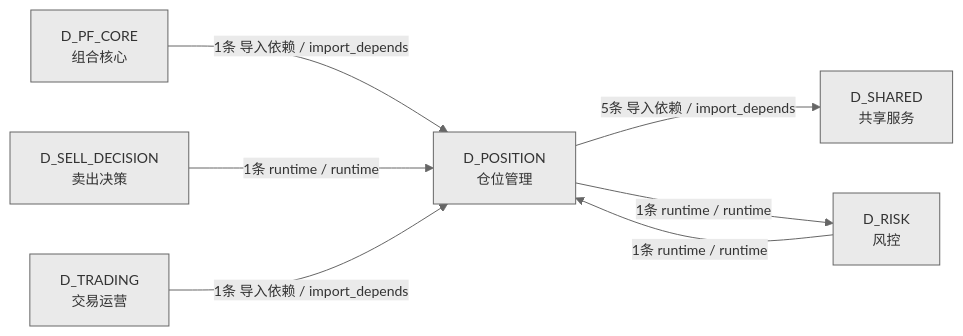
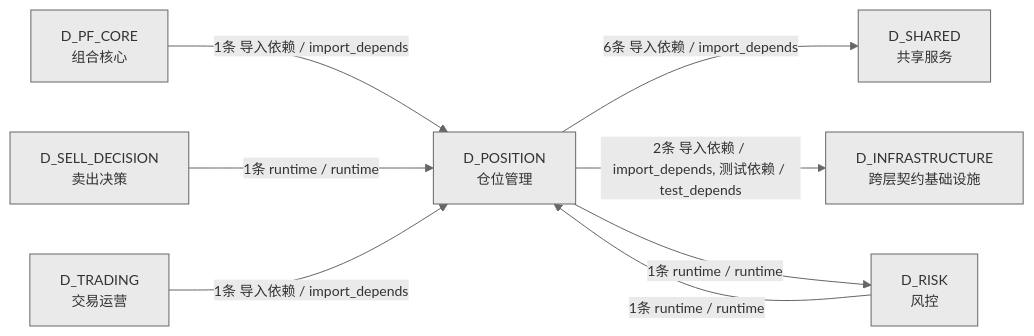
One commit to xuanFelixVan/ZephyrAlpha changed the fourth of 4 diagrams in docs/02_enterprise_architecture/02_domain_architecture_docs/64_d_position.md. Above: the diagram before and after it, drawn with Mermaid. The commit also changed other lines of this file and 45 other files, not shown here.

````diff
--- a/docs/02_enterprise_architecture/02_domain_architecture_docs/64_d_position.md
+++ b/docs/02_enterprise_architecture/02_domain_architecture_docs/64_d_position.md
@@ -185,16 +195,18 @@
 ```mermaid
 %%{init: {'theme': 'base', 'themeVariables': {'primaryColor': '#eaeaea', 'primaryTextColor': '#333333', 'primaryBorderColor': '#666666', 'lineColor': '#666666', 'secondaryColor': '#eaeaea', 'tertiaryColor': '#eaeaea', 'fontSize': '14px'}}}%%
 graph LR
     D_POSITION["D_POSITION<br/>仓位管理"]
     D_SHARED["D_SHARED<br/>共享服务"]
+    D_INFRASTRUCTURE["D_INFRASTRUCTURE<br/>跨层契约基础设施"]
     D_RISK["D_RISK<br/>风控"]
     D_PF_CORE["D_PF_CORE<br/>组合核心"]
     D_SELL_DECISION["D_SELL_DECISION<br/>卖出决策"]
     D_TRADING["D_TRADING<br/>交易运营"]
-    D_POSITION -->|5条 导入依赖 / import_depends| D_SHARED
+    D_POSITION -->|6条 导入依赖 / import_depends| D_SHARED
+    D_POSITION -->|2条 导入依赖 / import_depends, 测试依赖 / test_depends| D_INFRASTRUCTURE
     D_POSITION -->|1条 runtime / runtime| D_RISK
     D_PF_CORE -->|1条 导入依赖 / import_depends| D_POSITION
     D_RISK -->|1条 runtime / runtime| D_POSITION
     D_SELL_DECISION -->|1条 runtime / runtime| D_POSITION
     D_TRADING -->|1条 导入依赖 / import_depends| D_POSITION
 ```
````
